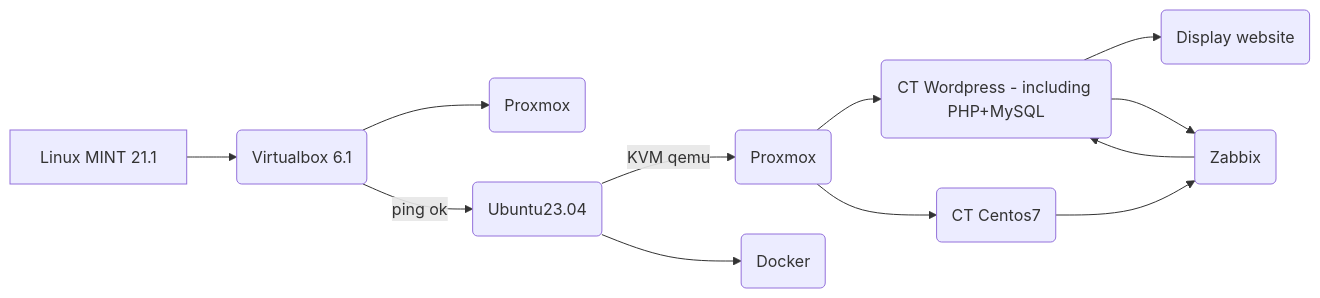
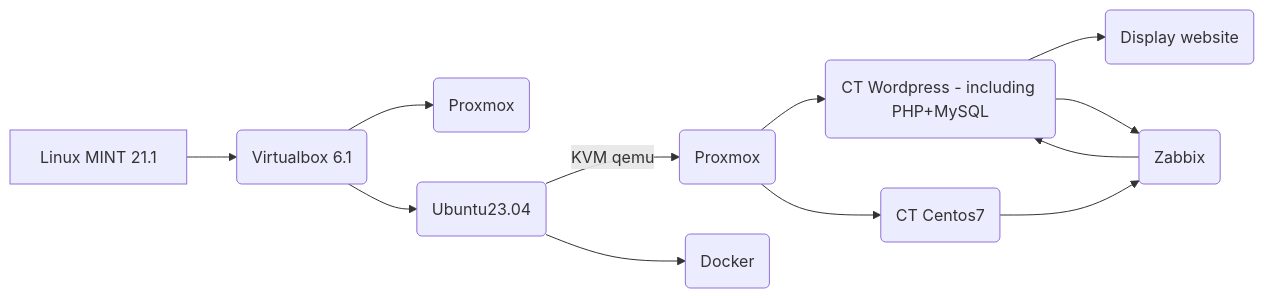
One commit to DanyAAD90/DevOps_junior_Wordpress changed the diagram in Project.md. Above: the diagram before and after it, drawn with Mermaid.

````diff
--- a/Project.md
+++ b/Project.md
@@ -3,14 +3,14 @@
 ```mermaid
 graph LR
 A[Linux MINT 21.1] --> B(Virtualbox 6.1)
 B --> J(Proxmox)
-B -- ping ok --> C(Ubuntu23.04)
+B --> C(Ubuntu23.04)
 C -- KVM qemu --> D(Proxmox)
 D --> E(CT Wordpress - including PHP+MySQL)
 E --> G(Display website)
 C --> F(Docker)
 D --> H(CT Centos7)
 H --> I(Zabbix)
 I --> E
 E --> I
 ```
````
